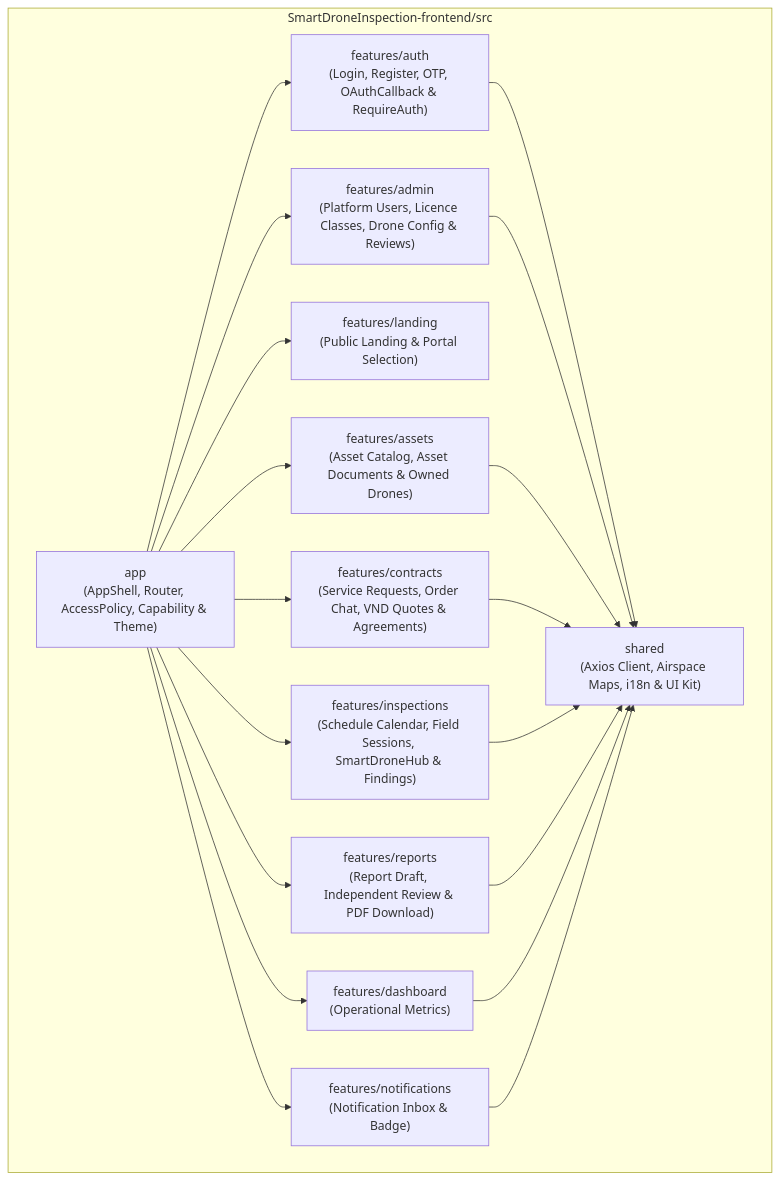
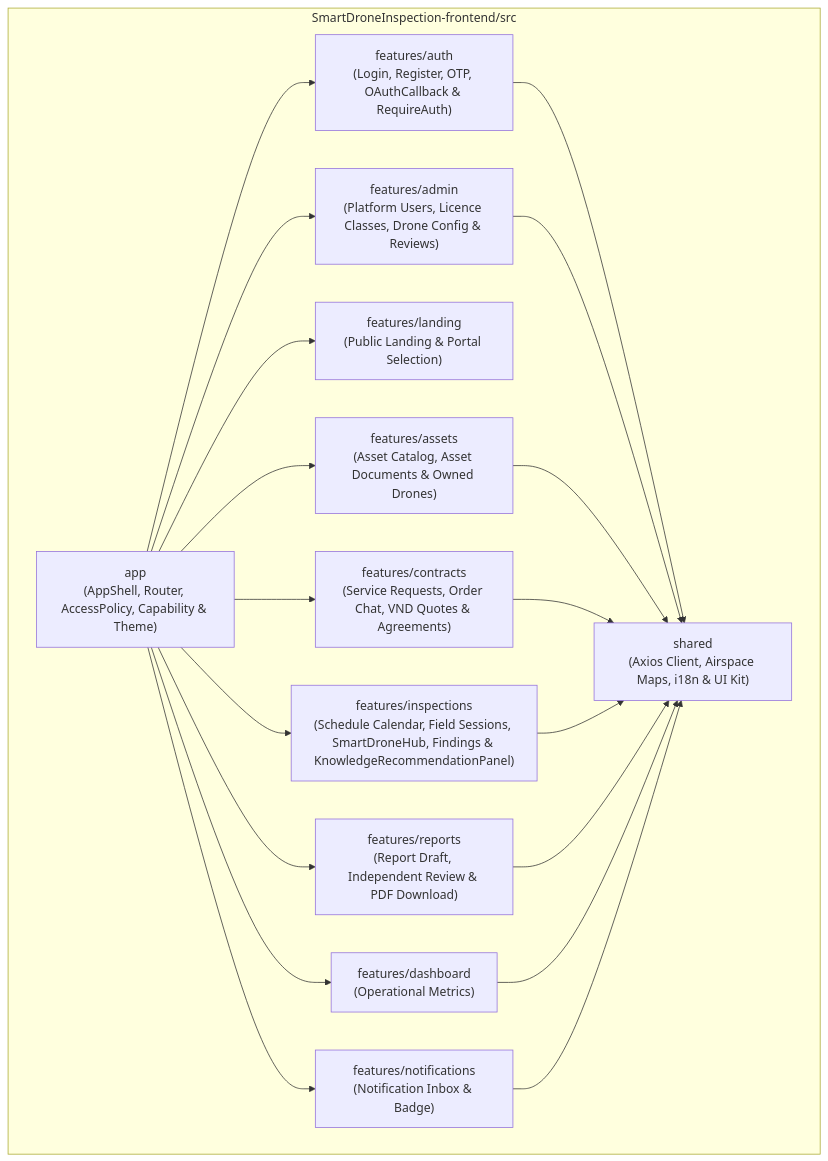
Before and after one commit to tungbach12/SmartDroneInspection-Docs: the third of 4 diagrams in reports/report-4-software-design-document/01-system-design.md, drawn with Mermaid. The commit also changed other lines of this file and 121 other files, not shown here.

Commit message:
docs(reports): synchronize Reports 1-7, Report 7 expansion, and DroneKnowledgeAI specs

````diff
--- a/reports/report-4-software-design-document/01-system-design.md
+++ b/reports/report-4-software-design-document/01-system-design.md
@@ -156,35 +159,35 @@
 ```mermaid
 %% title: Web Portal Subsystem Package Diagram
 flowchart TD
   subgraph WebRoot["SmartDroneInspection-frontend/src"]
     APP["app\n(AppShell, Router, AccessPolicy, Capability & Theme)"]
     FEAT_AUTH["features/auth\n(Login, Register, OTP, OAuthCallback & RequireAuth)"]
     FEAT_ADMIN["features/admin\n(Platform Users, Licence Classes, Drone Config & Reviews)"]
     FEAT_LANDING["features/landing\n(Public Landing & Portal Selection)"]
     FEAT_ASSETS["features/assets\n(Asset Catalog, Asset Documents & Owned Drones)"]
     FEAT_CONTRACTS["features/contracts\n(Service Requests, Order Chat, VND Quotes & Agreements)"]
-    FEAT_INSP["features/inspections\n(Schedule Calendar, Field Sessions, SmartDroneHub & Findings)"]
+    FEAT_INSP["features/inspections\n(Schedule Calendar, Field Sessions, SmartDroneHub, Findings & KnowledgeRecommendationPanel)"]
     FEAT_REPORTS["features/reports\n(Report Draft, Independent Review & PDF Download)"]
     FEAT_DASH["features/dashboard\n(Operational Metrics)"]
     FEAT_NOTIF["features/notifications\n(Notification Inbox & Badge)"]
     WEB_SHARED["shared\n(Axios Client, Airspace Maps, i18n & UI Kit)"]
   end
 
   APP --> FEAT_AUTH
   APP --> FEAT_ADMIN
   APP --> FEAT_LANDING
   APP --> FEAT_ASSETS
   APP --> FEAT_CONTRACTS
   APP --> FEAT_INSP
   APP --> FEAT_REPORTS
   APP --> FEAT_DASH
   APP --> FEAT_NOTIF
   FEAT_AUTH --> WEB_SHARED
   FEAT_ADMIN --> WEB_SHARED
   FEAT_ASSETS --> WEB_SHARED
   FEAT_CONTRACTS --> WEB_SHARED
   FEAT_INSP --> WEB_SHARED
   FEAT_REPORTS --> WEB_SHARED
   FEAT_DASH --> WEB_SHARED
   FEAT_NOTIF --> WEB_SHARED
 ```
````
